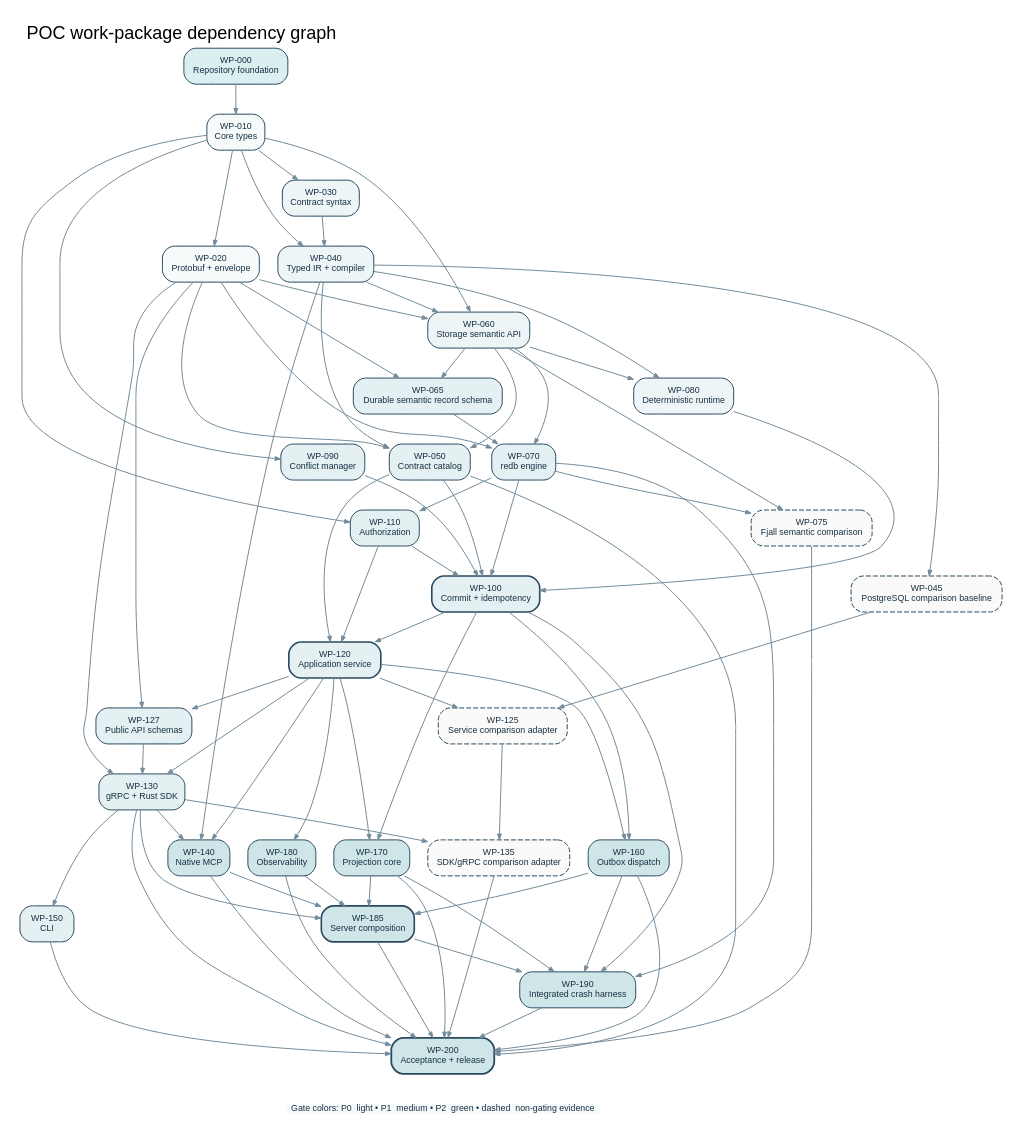
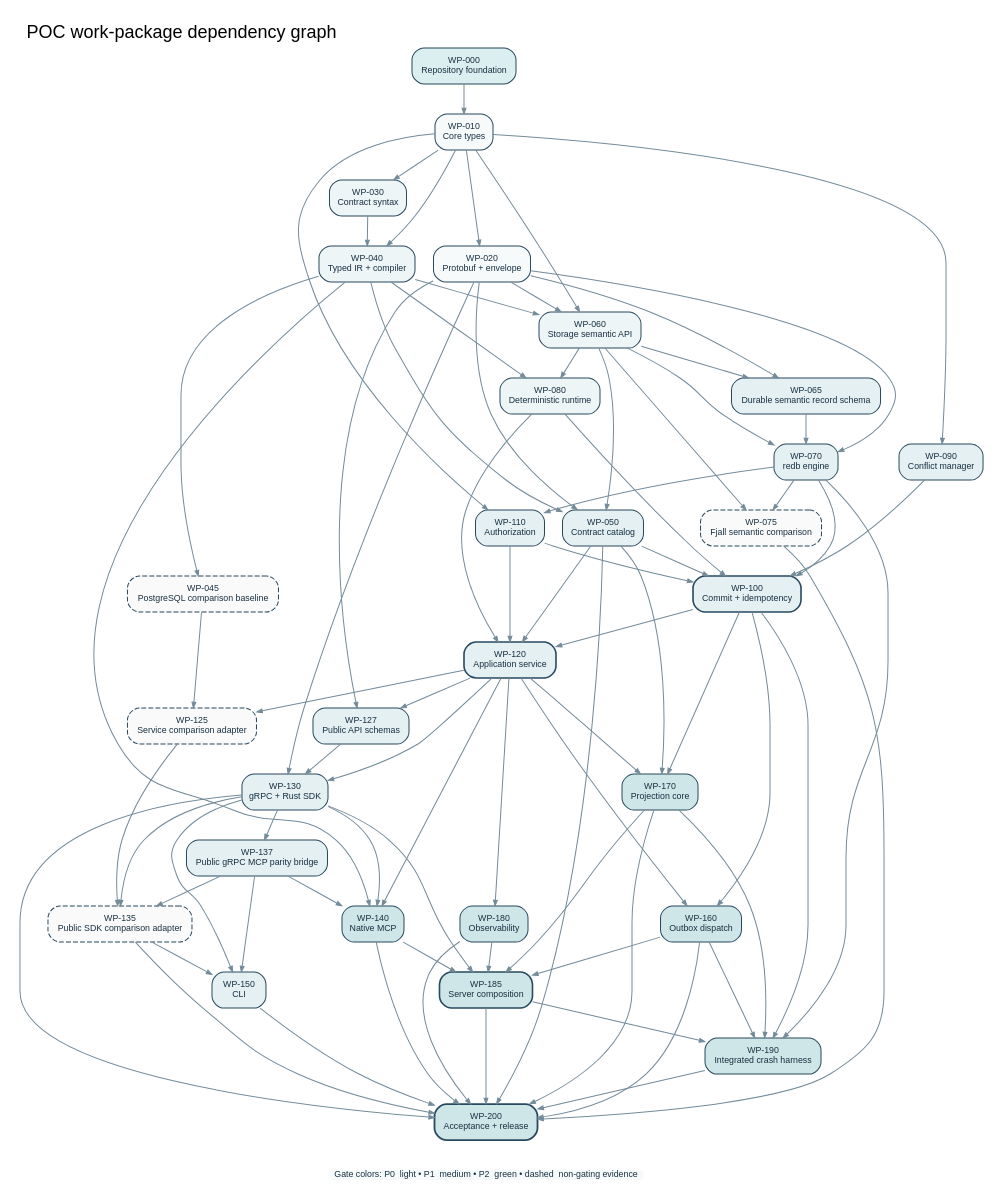
Before and after one commit to riffdb/riffdb: the diagram in diagrams/work_package_dag.dot, drawn with Graphviz. The commit also changed 23 other files, not shown here.

```diff
--- a/diagrams/work_package_dag.dot
+++ b/diagrams/work_package_dag.dot
@@ -1,63 +1,69 @@
 digraph G {
   graph [rankdir=TB, bgcolor="white", pad="0.18", nodesep="0.25", ranksep="0.42", fontname="Liberation Sans", fontsize=18, label="POC work-package dependency graph", labelloc="t", labeljust="l"];
   node [shape=box, style="rounded,filled", fontname="Liberation Sans", fontsize=8.8, margin="0.10,0.06", color="#28495F", fillcolor="#F7FAFB", fontcolor="#173042"];
   edge [color="#738B9A", penwidth=1.0, arrowsize=0.55];
 
   wp000 [label="WP-000\nRepository foundation", fillcolor="#DCEFF0"];
   wp010 [label="WP-010\nCore types"];
   wp020 [label="WP-020\nProtobuf + envelope"];
   wp030 [label="WP-030\nContract syntax", fillcolor="#EEF5F7"];
   wp040 [label="WP-040\nTyped IR + compiler", fillcolor="#EEF5F7"];
   wp045 [label="WP-045\nPostgreSQL comparison baseline", style="rounded,filled,dashed", fillcolor="#FAFAFA"];
   wp050 [label="WP-050\nContract catalog", fillcolor="#E4F0F2"];
   wp060 [label="WP-060\nStorage semantic API", fillcolor="#EEF5F7"];
   wp065 [label="WP-065\nDurable semantic record schema", fillcolor="#E4F0F2"];
   wp070 [label="WP-070\nredb engine", fillcolor="#E4F0F2"];
   wp075 [label="WP-075\nFjall semantic comparison", style="rounded,filled,dashed", fillcolor="#FAFAFA"];
   wp080 [label="WP-080\nDeterministic runtime", fillcolor="#EEF5F7"];
   wp090 [label="WP-090\nConflict manager", fillcolor="#E4F0F2"];
   wp100 [label="WP-100\nCommit + idempotency", fillcolor="#E4F0F2", penwidth=1.6];
   wp110 [label="WP-110\nAuthorization", fillcolor="#E4F0F2"];
   wp120 [label="WP-120\nApplication service", fillcolor="#E4F0F2", penwidth=1.6];
   wp125 [label="WP-125\nService comparison adapter", style="rounded,filled,dashed", fillcolor="#FAFAFA"];
   wp127 [label="WP-127\nPublic API schemas", fillcolor="#E4F0F2"];
   wp130 [label="WP-130\ngRPC + Rust SDK", fillcolor="#E4F0F2"];
-  wp135 [label="WP-135\nSDK/gRPC comparison adapter", style="rounded,filled,dashed", fillcolor="#FAFAFA"];
+  wp135 [label="WP-135\nPublic SDK comparison adapter", style="rounded,filled,dashed", fillcolor="#FAFAFA"];
+  wp137 [label="WP-137\nPublic gRPC MCP parity bridge", fillcolor="#E4F0F2"];
   wp140 [label="WP-140\nNative MCP", fillcolor="#CFE6E8"];
   wp150 [label="WP-150\nCLI", fillcolor="#E4F0F2"];
   wp160 [label="WP-160\nOutbox dispatch", fillcolor="#CFE6E8"];
   wp170 [label="WP-170\nProjection core", fillcolor="#CFE6E8"];
   wp180 [label="WP-180\nObservability", fillcolor="#CFE6E8"];
   wp185 [label="WP-185\nServer composition", fillcolor="#CFE6E8", penwidth=1.6];
   wp190 [label="WP-190\nIntegrated crash harness", fillcolor="#CFE6E8"];
   wp200 [label="WP-200\nAcceptance + release", fillcolor="#CFE6E8", penwidth=1.8];
 
   key [shape=plain, label="Gate colors: P0  light • P1  medium • P2  green • dashed  non-gating evidence"];
 
   wp000 -> wp010;
   wp010 -> {wp020 wp030 wp090};
   wp030 -> wp040;
   wp010 -> {wp040 wp060};
   wp020 -> {wp050 wp060 wp070};
   wp040 -> {wp045 wp050 wp060 wp080};
   wp020 -> wp065;
   wp060 -> {wp050 wp065 wp070 wp075 wp080};
   wp065 -> wp070;
   wp070 -> wp075;
   wp010 -> wp110;
   wp070 -> wp110;
   {wp050 wp070 wp080 wp090 wp110} -> wp100;
-  {wp050 wp100 wp110} -> wp120;
+  {wp050 wp080 wp100 wp110} -> wp120;
   {wp020 wp120} -> wp127;
   {wp020 wp120 wp127} -> wp130;
   {wp045 wp120} -> wp125;
   {wp125 wp130} -> wp135;
+  wp130 -> wp137;
+  wp137 -> wp135;
   {wp040 wp120 wp130} -> wp140;
+  wp137 -> wp140;
   wp130 -> wp150;
+  {wp135 wp137} -> wp150;
   {wp100 wp120} -> {wp160 wp170};
+  wp050 -> wp170;
   wp120 -> wp180;
   {wp130 wp140 wp160 wp170 wp180} -> wp185;
   {wp070 wp100 wp160 wp170 wp185} -> wp190;
   {wp050 wp075 wp130 wp135 wp140 wp150 wp160 wp170 wp180 wp185 wp190} -> wp200;
   wp200 -> key [style=invis];
 }
```
